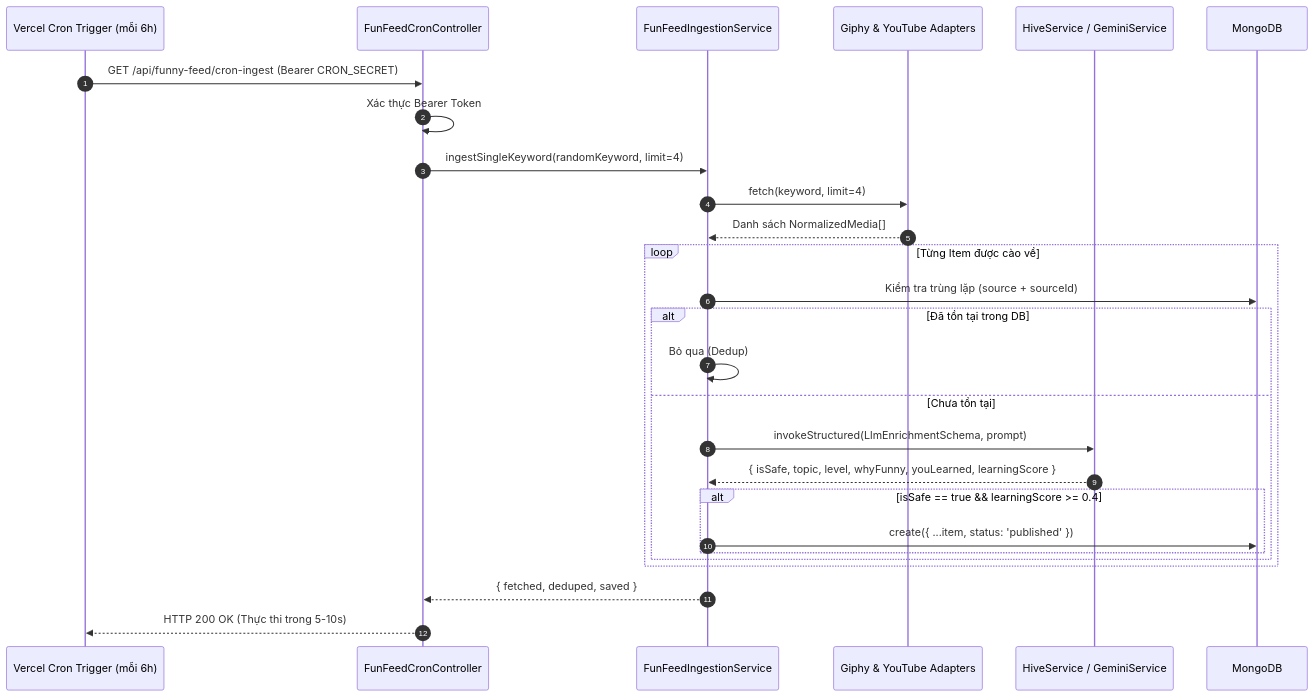
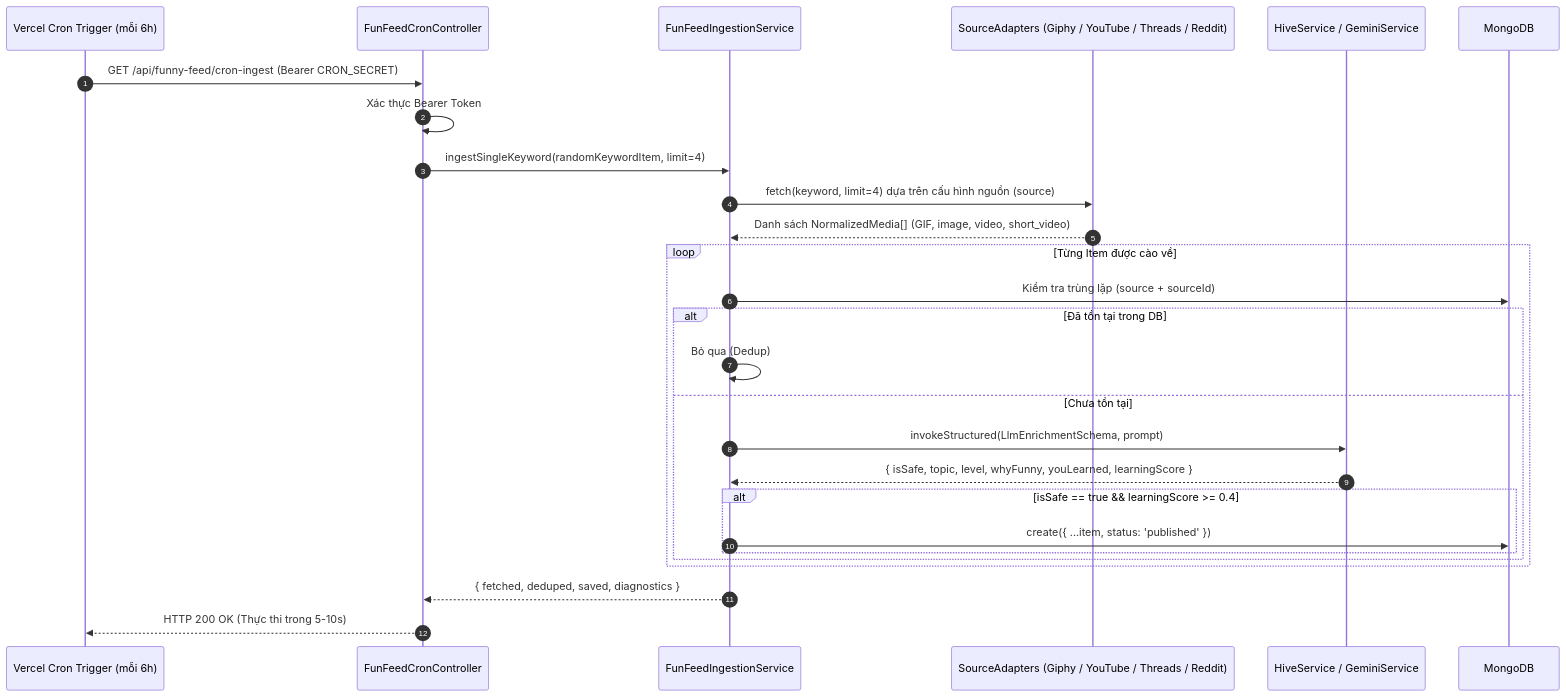
The second of 2 diagrams in requirements/modules/fun-feed/spec.md (vuanhtu1993/aha-mind-agents), drawn with Mermaid before and after one commit. The commit also changed other lines of this file and 4 other files, not shown here.

Commit message:
docs(fun-feed): update specs and add implementation plan for Threads and Reddit ingestion

````diff
--- a/requirements/modules/fun-feed/spec.md
+++ b/requirements/modules/fun-feed/spec.md
@@ -92,31 +92,31 @@
 ```mermaid
 sequenceDiagram
     autonumber
     participant Cron as Vercel Cron Trigger (mỗi 6h)
     participant CronCtrl as FunFeedCronController
     participant IngestSvc as FunFeedIngestionService
-    participant Adapters as Giphy & YouTube Adapters
+    participant Adapters as SourceAdapters (Giphy / YouTube / Threads / Reddit)
     participant LLM as HiveService / GeminiService
     participant DB as MongoDB
 
     Cron->>CronCtrl: GET /api/funny-feed/cron-ingest (Bearer CRON_SECRET)
     CronCtrl->>CronCtrl: Xác thực Bearer Token
-    CronCtrl->>IngestSvc: ingestSingleKeyword(randomKeyword, limit=4)
-    IngestSvc->>Adapters: fetch(keyword, limit=4)
-    Adapters-->>IngestSvc: Danh sách NormalizedMedia[]
+    CronCtrl->>IngestSvc: ingestSingleKeyword(randomKeywordItem, limit=4)
+    IngestSvc->>Adapters: fetch(keyword, limit=4) dựa trên cấu hình nguồn (source)
+    Adapters-->>IngestSvc: Danh sách NormalizedMedia[] (GIF, image, video, short_video)
     
     loop Từng Item được cào về
         IngestSvc->>DB: Kiểm tra trùng lặp (source + sourceId)
         alt Đã tồn tại trong DB
             IngestSvc->>IngestSvc: Bỏ qua (Dedup)
         else Chưa tồn tại
             IngestSvc->>LLM: invokeStructured(LlmEnrichmentSchema, prompt)
             LLM-->>IngestSvc: { isSafe, topic, level, whyFunny, youLearned, learningScore }
             alt isSafe == true && learningScore >= 0.4
                 IngestSvc->>DB: create({ ...item, status: 'published' })
             end
         end
     end
-    IngestSvc-->>CronCtrl: { fetched, deduped, saved }
+    IngestSvc-->>CronCtrl: { fetched, deduped, saved, diagnostics }
     CronCtrl-->>Cron: HTTP 200 OK (Thực thi trong 5-10s)
 ```
````
